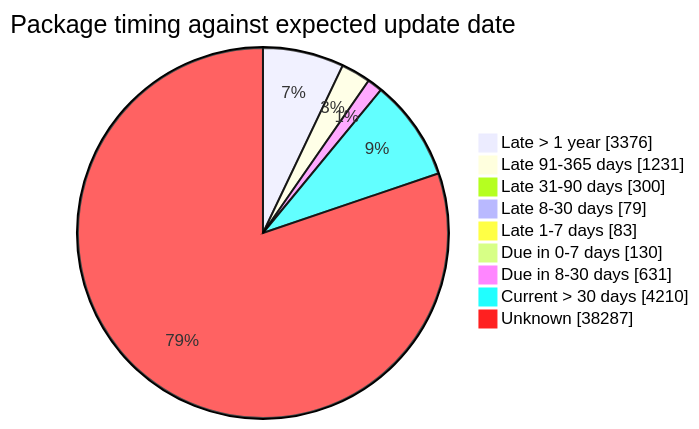
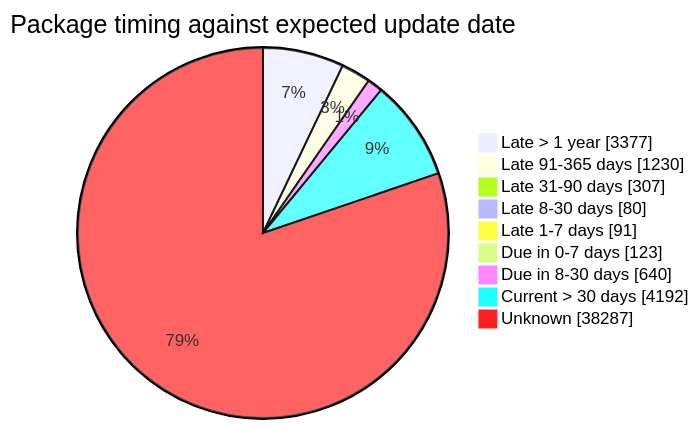
The fourth of 5 diagrams in FreshCheck/README.md (open-data/analytics-corporate-reporting), drawn with Mermaid before and after one commit. The commit also changed other lines of this file and 3 other files, not shown here.

````diff
--- a/FreshCheck/README.md
+++ b/FreshCheck/README.md
@@ -86,12 +86,12 @@
 ```mermaid
 pie showData title Package timing against expected update date
-    "Late > 1 year": 3376
-    "Late 91-365 days": 1231
-    "Late 31-90 days": 300
-    "Late 8-30 days": 79
-    "Late 1-7 days": 83
-    "Due in 0-7 days": 130
-    "Due in 8-30 days": 631
-    "Current > 30 days": 4210
+    "Late > 1 year": 3377
+    "Late 91-365 days": 1230
+    "Late 31-90 days": 307
+    "Late 8-30 days": 80
+    "Late 1-7 days": 91
+    "Due in 0-7 days": 123
+    "Due in 8-30 days": 640
+    "Current > 30 days": 4192
     "Unknown": 38287
 ```
````
